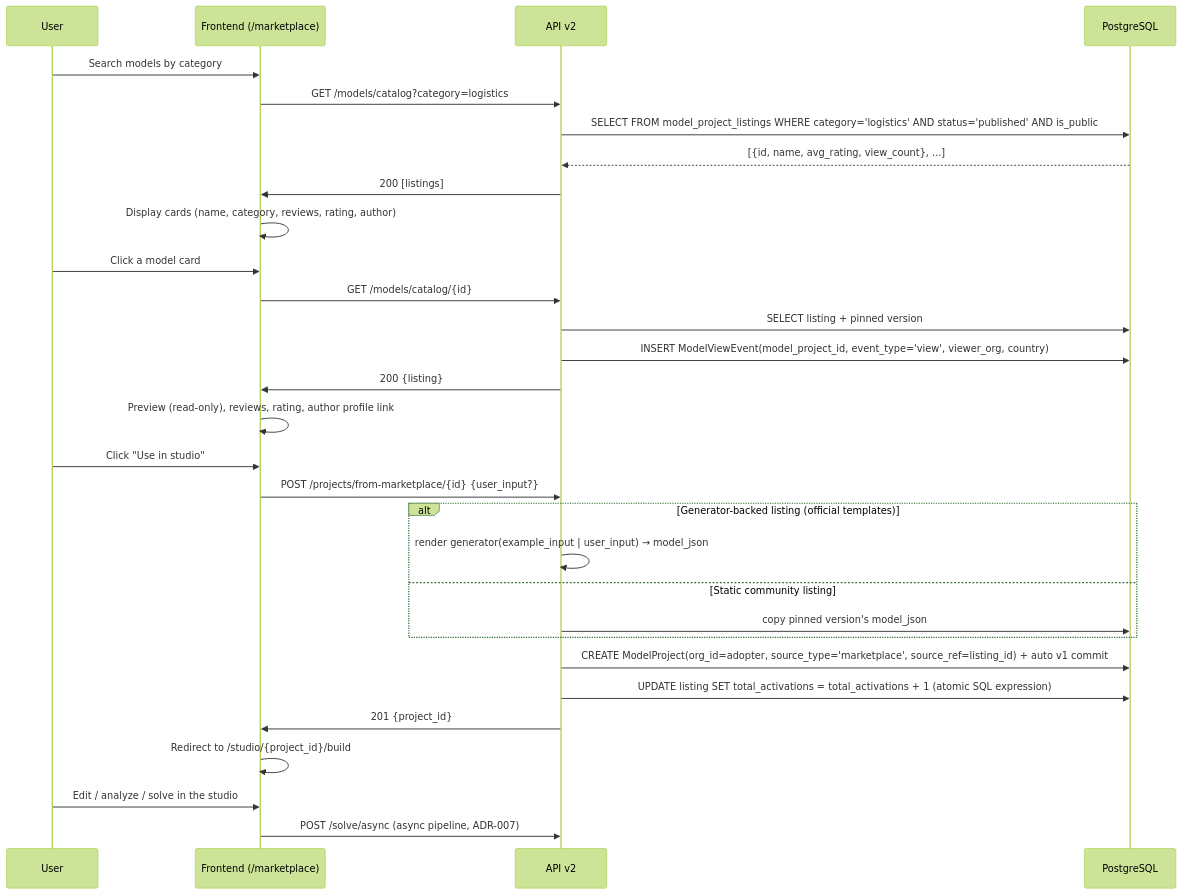
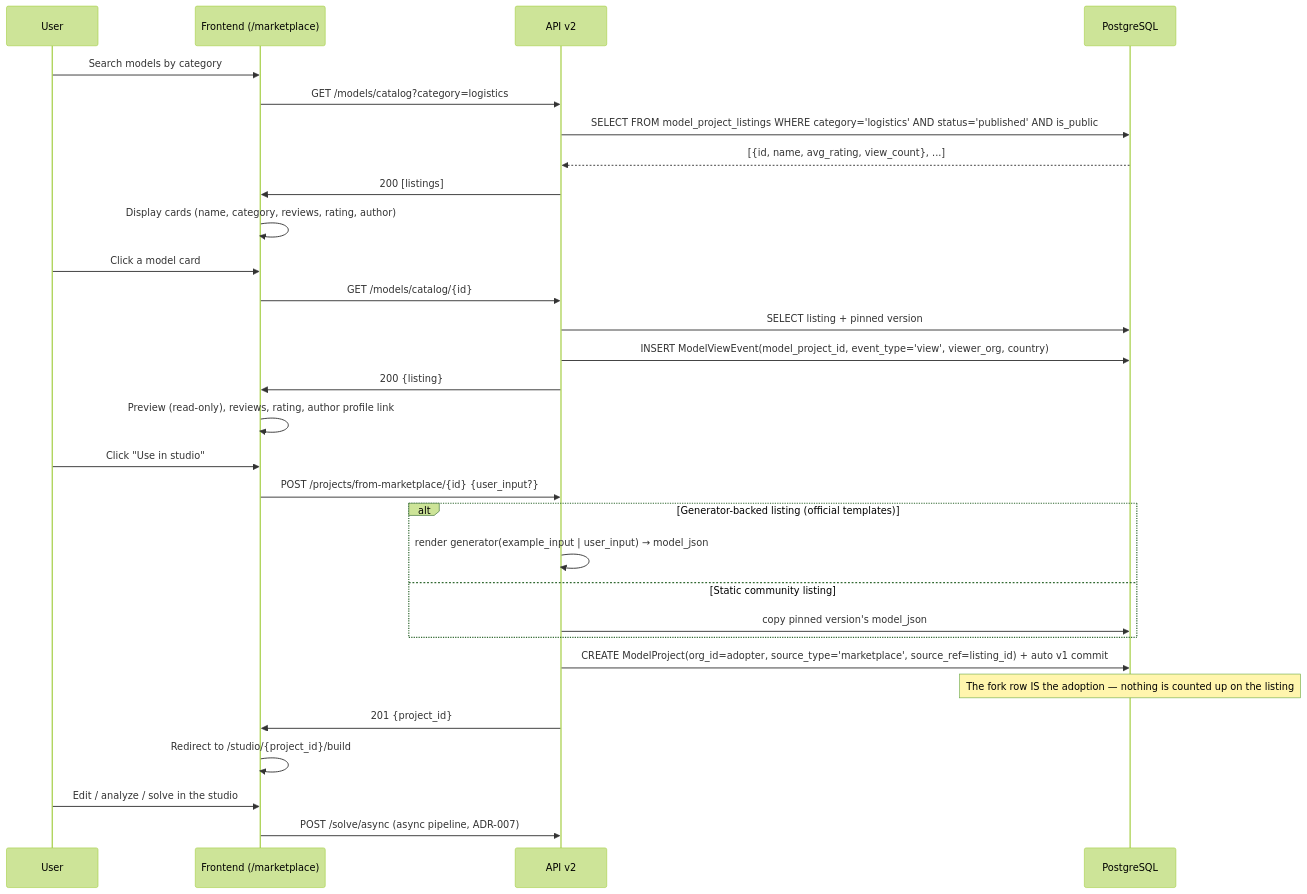
One commit to avallavall/jaot changed the diagram in docs/ARCHITECTURE/07-use-cases/04-marketplace-adopt.md. Above: the diagram before and after it, drawn with Mermaid (forest theme). The commit also changed 17 other files, not shown here.

````diff
--- a/docs/ARCHITECTURE/07-use-cases/04-marketplace-adopt.md
+++ b/docs/ARCHITECTURE/07-use-cases/04-marketplace-adopt.md
@@ -18,36 +18,36 @@
 ```mermaid
 sequenceDiagram
     participant User as User
     participant Frontend as Frontend (/marketplace)
     participant API as API v2
     participant DB as PostgreSQL
 
     User->>Frontend: Search models by category
     Frontend->>API: GET /models/catalog?category=logistics
     API->>DB: SELECT FROM model_project_listings WHERE category='logistics' AND status='published' AND is_public
     DB-->>API: [{id, name, avg_rating, view_count}, ...]
     API->>Frontend: 200 [listings]
 
     Frontend->>Frontend: Display cards (name, category, reviews, rating, author)
     User->>Frontend: Click a model card
     Frontend->>API: GET /models/catalog/{id}
     API->>DB: SELECT listing + pinned version
     API->>DB: INSERT ModelViewEvent(model_project_id, event_type='view', viewer_org, country)
     API->>Frontend: 200 {listing}
     Frontend->>Frontend: Preview (read-only), reviews, rating, author profile link
 
     User->>Frontend: Click "Use in studio"
     Frontend->>API: POST /projects/from-marketplace/{id} {user_input?}
     alt Generator-backed listing (official templates)
         API->>API: render generator(example_input | user_input) → model_json
     else Static community listing
         API->>DB: copy pinned version's model_json
     end
     API->>DB: CREATE ModelProject(org_id=adopter, source_type='marketplace', source_ref=listing_id) + auto v1 commit
-    API->>DB: UPDATE listing SET total_activations = total_activations + 1 (atomic SQL expression)
+    Note over DB: The fork row IS the adoption — nothing is counted up on the listing
     API->>Frontend: 201 {project_id}
     Frontend->>Frontend: Redirect to /studio/{project_id}/build
 
     User->>Frontend: Edit / analyze / solve in the studio
     Frontend->>API: POST /solve/async (async pipeline, ADR-007)
 ```
````
